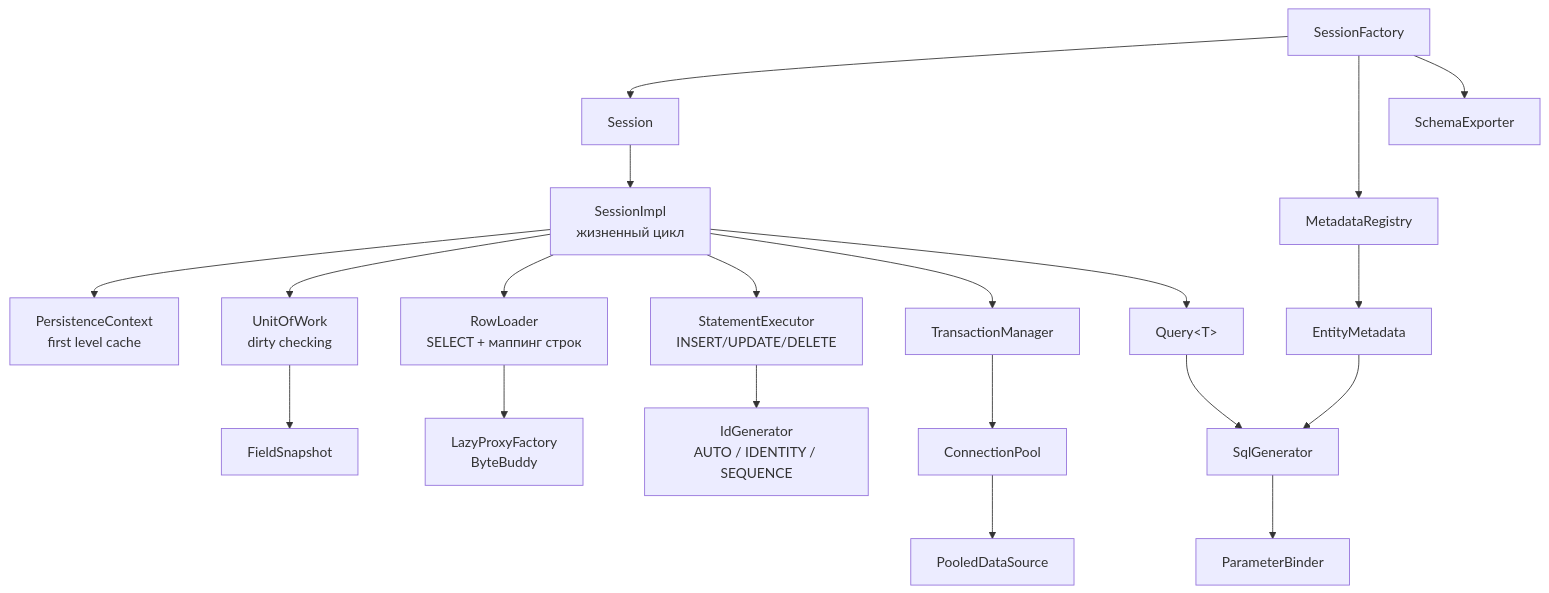
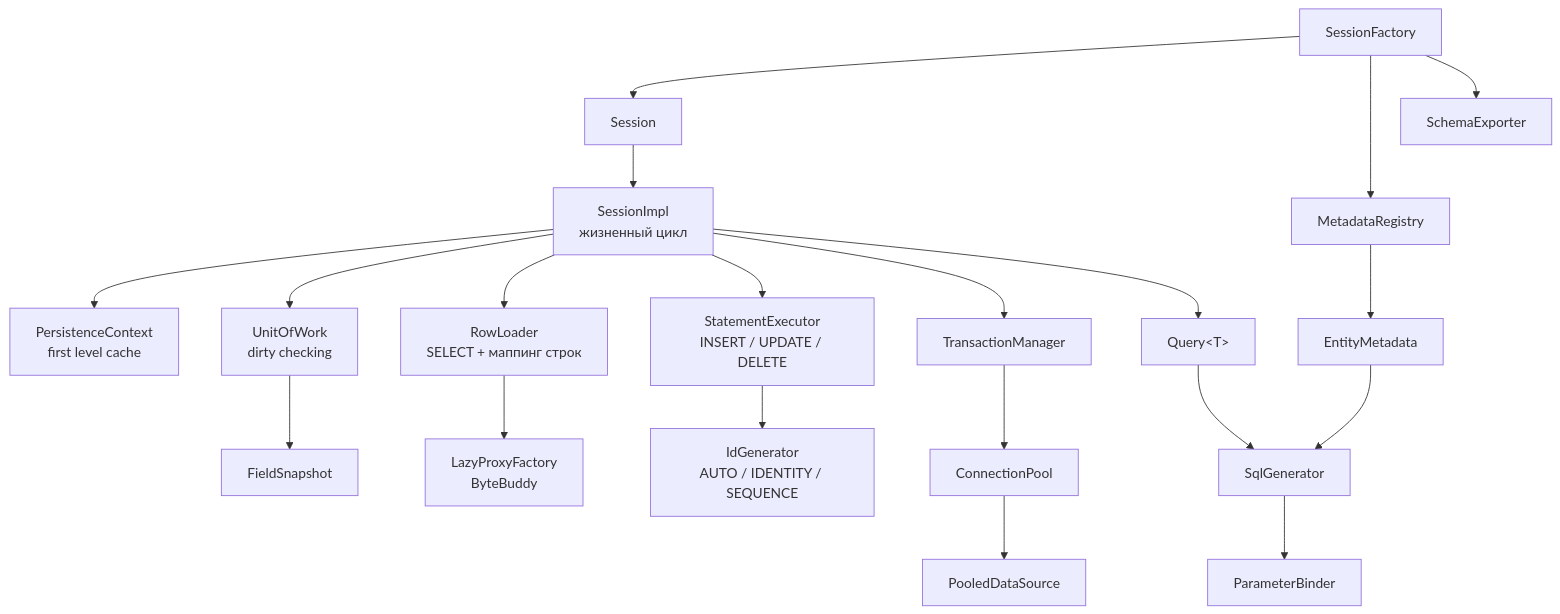
The diagram in README.md (Vivorik/microorm), drawn with Mermaid before and after one commit. The commit also changed other lines of this file, not shown here.

````diff
--- a/README.md
+++ b/README.md
@@ -70,20 +118,20 @@
 ```mermaid
 flowchart TB
     SF["SessionFactory"] --> S["Session"]
     S --> SI["SessionImpl<br/>жизненный цикл"]
     SI --> PC["PersistenceContext<br/>first level cache"]
     SI --> UOW["UnitOfWork<br/>dirty checking"]
     SI --> RL["RowLoader<br/>SELECT + маппинг строк"]
-    SI --> EX["StatementExecutor<br/>INSERT/UPDATE/DELETE"]
+    SI --> EX["StatementExecutor<br/>INSERT / UPDATE / DELETE"]
     SI --> TM["TransactionManager"]
     SI --> Q["Query&lt;T&gt;"]
     UOW --> FS["FieldSnapshot"]
     SF --> MR["MetadataRegistry"]
     MR --> EM["EntityMetadata"]
     EM --> SG["SqlGenerator"] --> PB["ParameterBinder"]
     RL --> LP["LazyProxyFactory<br/>ByteBuddy"]
     EX --> IDG["IdGenerator<br/>AUTO / IDENTITY / SEQUENCE"]
     TM --> CP["ConnectionPool"] --> PD["PooledDataSource"]
     SF --> SE["SchemaExporter"]
     Q --> SG
 ```
````
